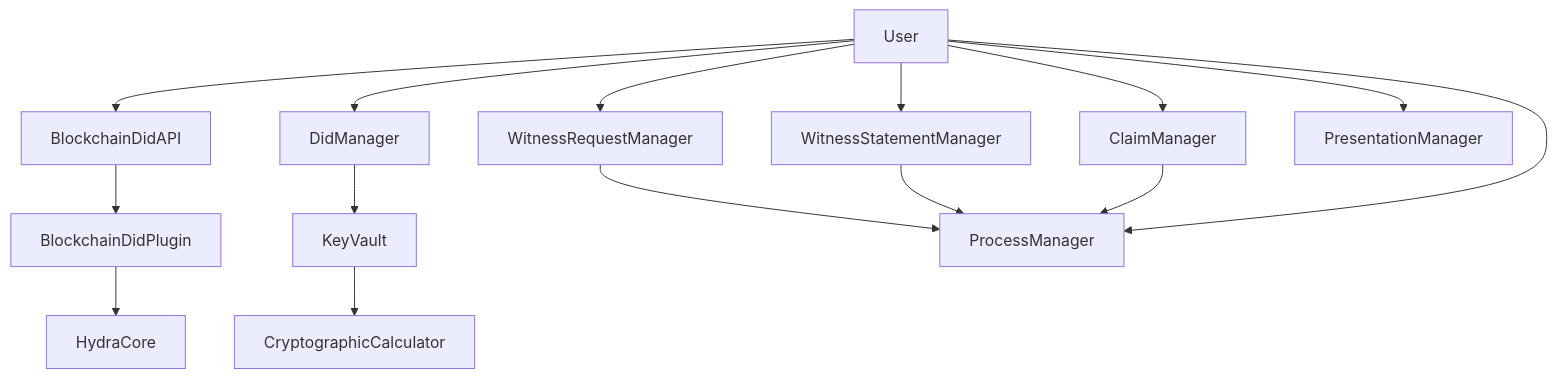
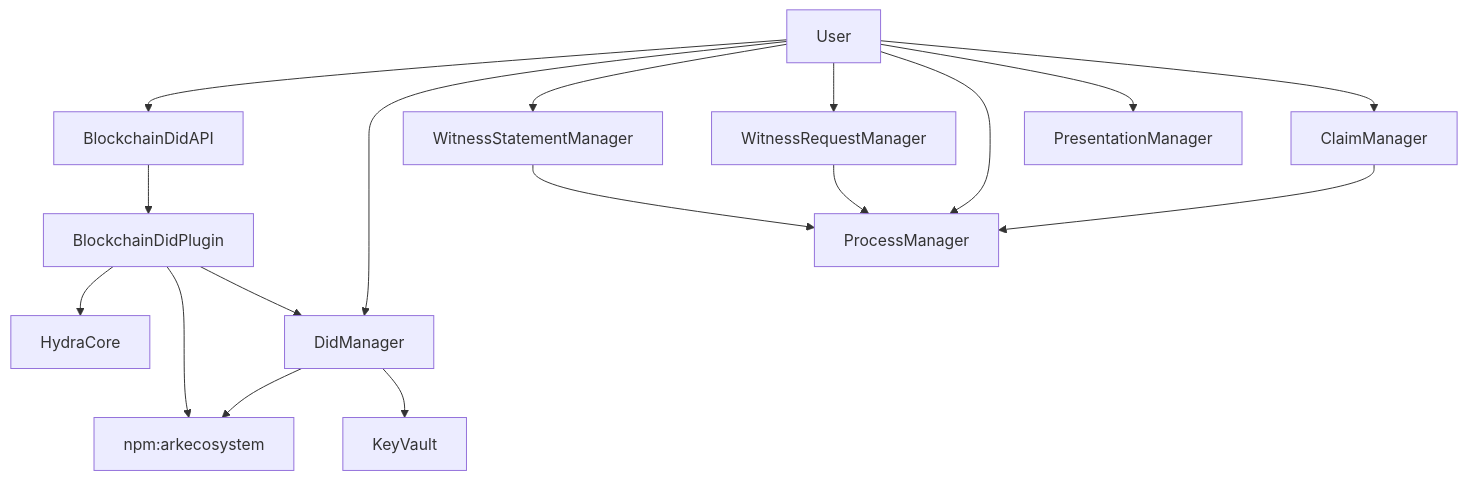
Before and after one commit to HydraMeshnet/developer-portal: the first of 6 diagrams in architecture.md, drawn with Mermaid. The commit also changed other lines of this file, not shown here.

Commit message:
Updating Architecture

````diff
--- a/architecture.md
+++ b/architecture.md
@@ -20,18 +20,21 @@
 ```mermaid
 graph TB
   BlockchainDidAPI --> BlockchainDidPlugin
   BlockchainDidPlugin --> HydraCore
-
-  KeyVault --> CryptographicCalculator
+  
+  DidManager --> npm:arkecosystem
+  BlockchainDidPlugin --> npm:arkecosystem
   DidManager --> KeyVault
+  
   WitnessRequestManager --> ProcessManager
   WitnessStatementManager --> ProcessManager
   ClaimManager --> ProcessManager
   User --> BlockchainDidAPI
   User --> DidManager
   User --> WitnessStatementManager
   User --> WitnessRequestManager
   User --> ProcessManager
   User --> PresentationManager
   User --> ClaimManager
+  BlockchainDidPlugin --> DidManager
 ```
````
